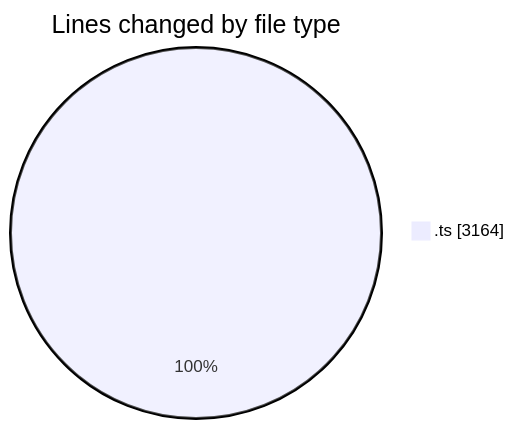
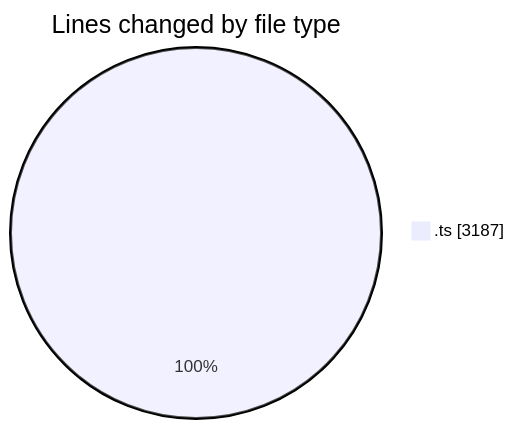
One commit to momahboobian/code-tracking changed the first of 2 diagrams in 2025-06-24/cda/README.md. Above: the diagram before and after it, drawn with Mermaid. The commit also changed other lines of this file and 1 other file, not shown here.

````diff
--- a/2025-06-24/cda/README.md
+++ b/2025-06-24/cda/README.md
@@ -24,5 +24,5 @@
 ```mermaid
 pie showData
 title Lines changed by file type
-".ts" : 3164
+".ts" : 3187
 ```
````
